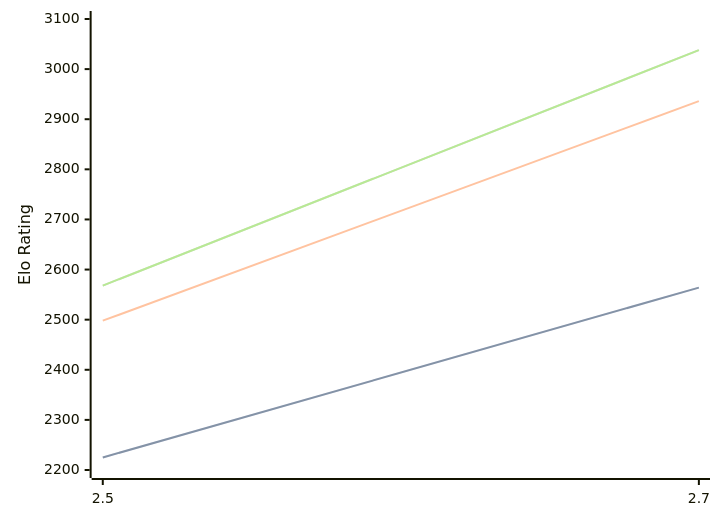
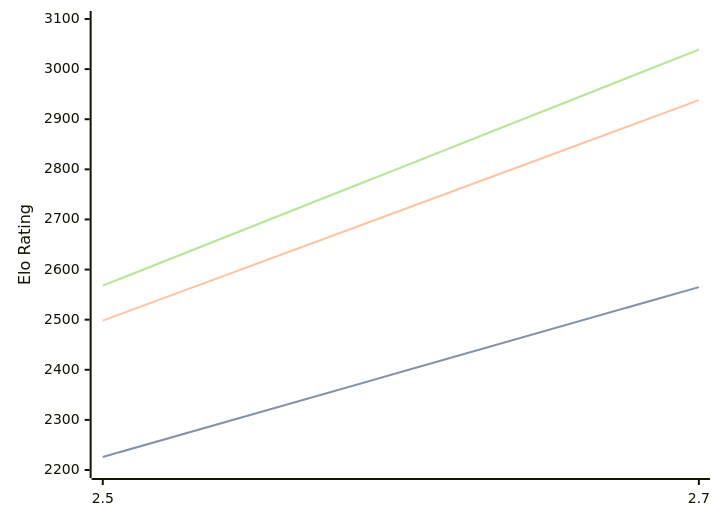
Before and after one commit to computer-chess-index/cci: the diagram in engines/Zevra.md, drawn with Mermaid. The commit also changed other lines of this file, not shown here.

Commit message:
Update CCI Ratings (ELO VLTC) - 2026-10-08

````diff
--- a/engines/Zevra.md
+++ b/engines/Zevra.md
@@ -32,11 +32,11 @@
 ```mermaid
 %%{init: {"theme":"base","themeVariables":{"seriesColors:['#a3a3a3','#222221','#faa371']}}}%%
 xychart-beta
   x-axis ["2.5", "2.7"]
   y-axis "Elo Rating" 2200 --> 3100
-  line "" [2225, 2564]
-  line "STC (8.0+0.08s)" [2225, 2564]
-  line "LTC (60.0+0.60s)" [2498, 2936]
-  line "" [2568, 3038]
-  line "VLTC (2m24s+1.12s)" [2568, 3038]
+  line "" [2226, 2565]
+  line "STC (8.0+0.08s)" [2226, 2565]
+  line "LTC (60.0+0.60s)" [2498, 2938]
+  line "" [2568, 3039]
+  line "VLTC (2m24s+1.12s)" [2568, 3039]
 ```
````
